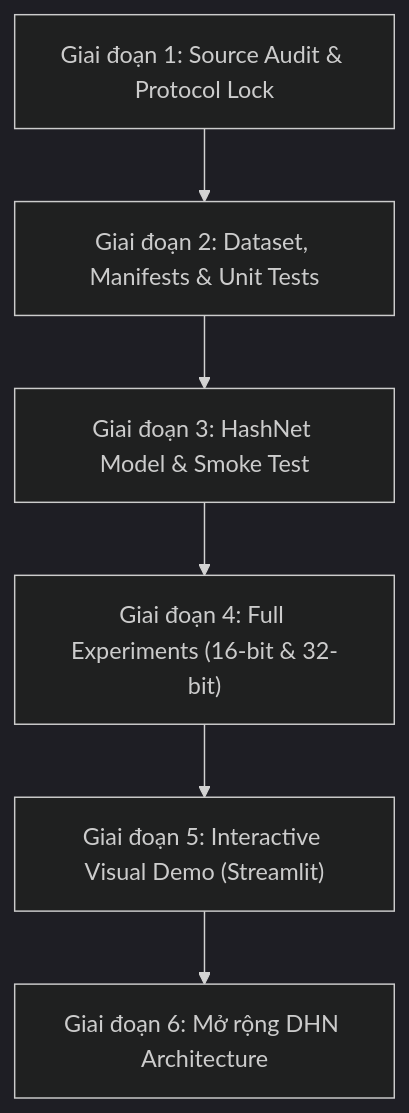
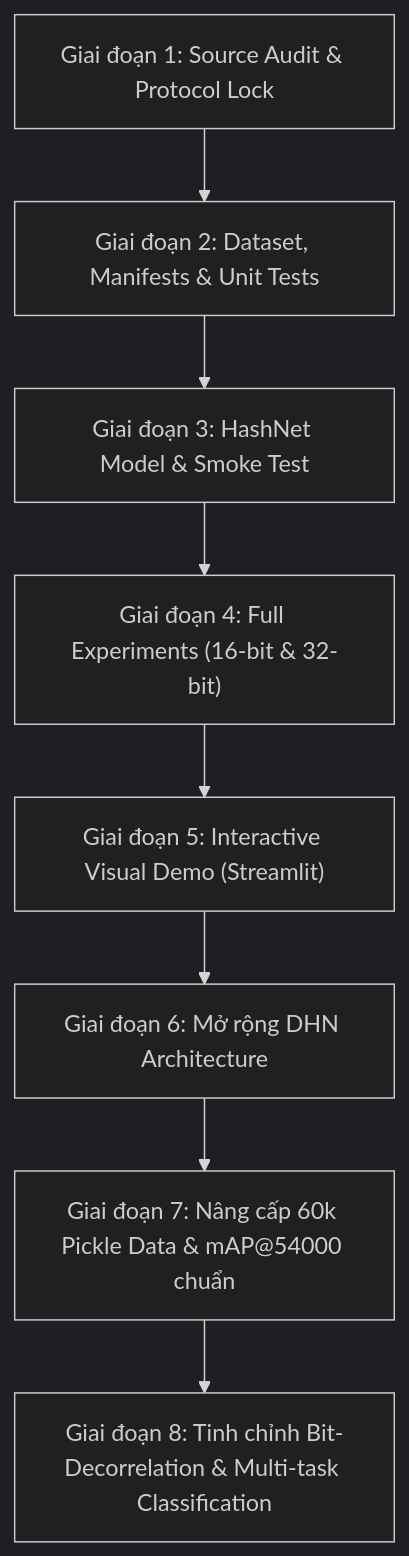
One commit to truong92quangnam/SEG301 changed the diagram in README.md. Above: the diagram before and after it, drawn with Mermaid (dark theme). The commit also changed other lines of this file and 22 other files, not shown here.

````diff
--- a/README.md
+++ b/README.md
@@ -24,8 +24,10 @@
 ```mermaid
 flowchart TD
     P1["Giai đoạn 1: Source Audit & Protocol Lock"] --> P2["Giai đoạn 2: Dataset, Manifests & Unit Tests"]
     P2 --> P3["Giai đoạn 3: HashNet Model & Smoke Test"]
     P3 --> P4["Giai đoạn 4: Full Experiments (16-bit & 32-bit)"]
     P4 --> P5["Giai đoạn 5: Interactive Visual Demo (Streamlit)"]
     P5 --> P6["Giai đoạn 6: Mở rộng DHN Architecture"]
+    P6 --> P7["Giai đoạn 7: Nâng cấp 60k Pickle Data & mAP@54000 chuẩn"]
+    P7 --> P8["Giai đoạn 8: Tinh chỉnh Bit-Decorrelation & Multi-task Classification"]
 ```
````
